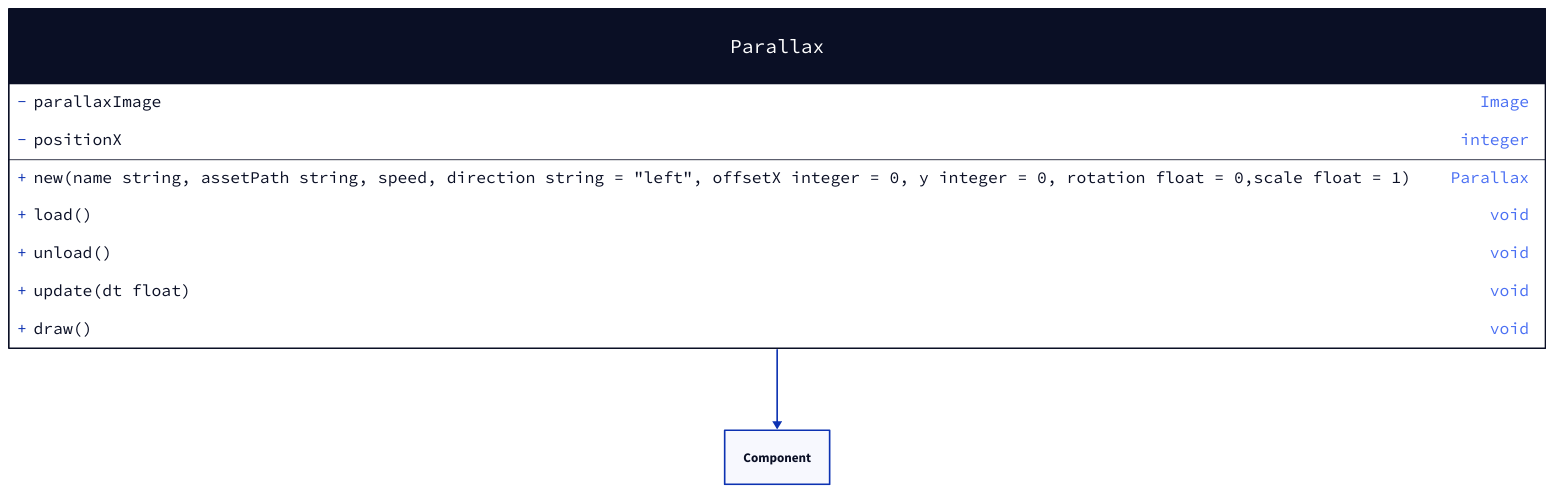
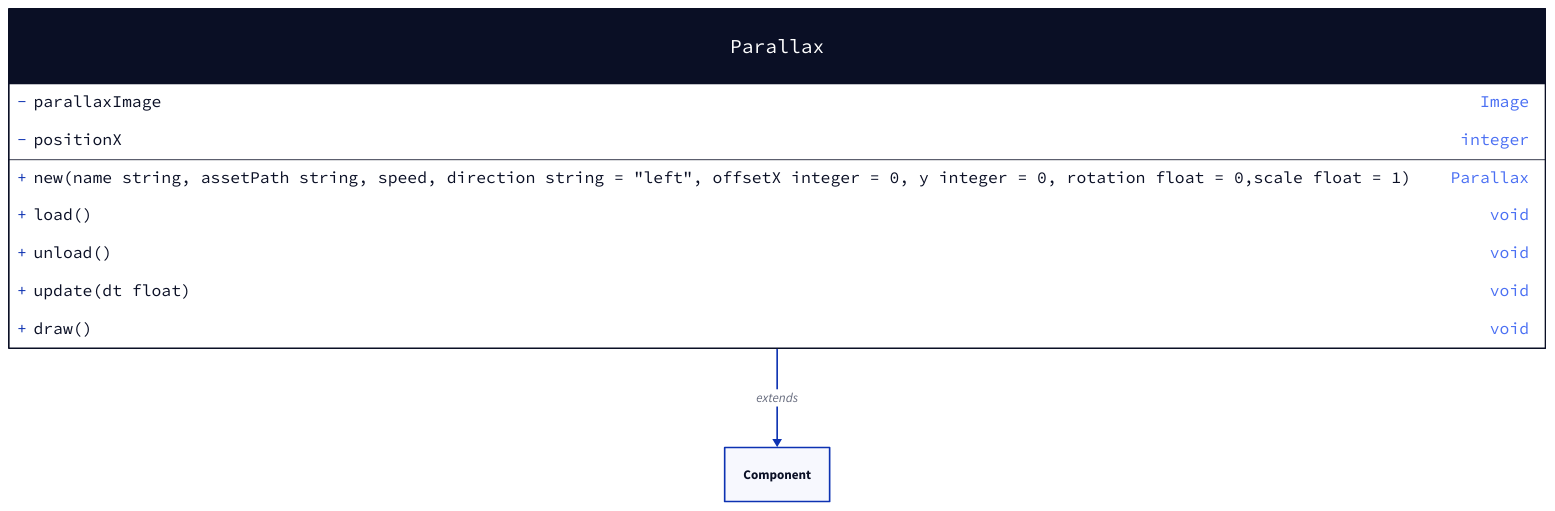
The diagram in docs/parallax.d2 (valcriss/gamingcampus-m1-lua-battletank), drawn with D2 before and after one commit. The commit also changed 64 other files, not shown here.

```diff
--- a/docs/parallax.d2
+++ b/docs/parallax.d2
@@ -1,15 +1,15 @@
 Parallax: {
   shape: class
 
   +new(name string, assetPath string, speed, direction string = "left", offsetX integer = 0, y integer = 0, rotation float = 0,scale float = 1): Parallax
 
   -parallaxImage: Image
   -positionX: integer
 
   +load(): void
   +unload(): void
   +update(dt float): void
   +draw(): void
 }
 
-Parallax -> Component
+Parallax -> Component: extends
```
